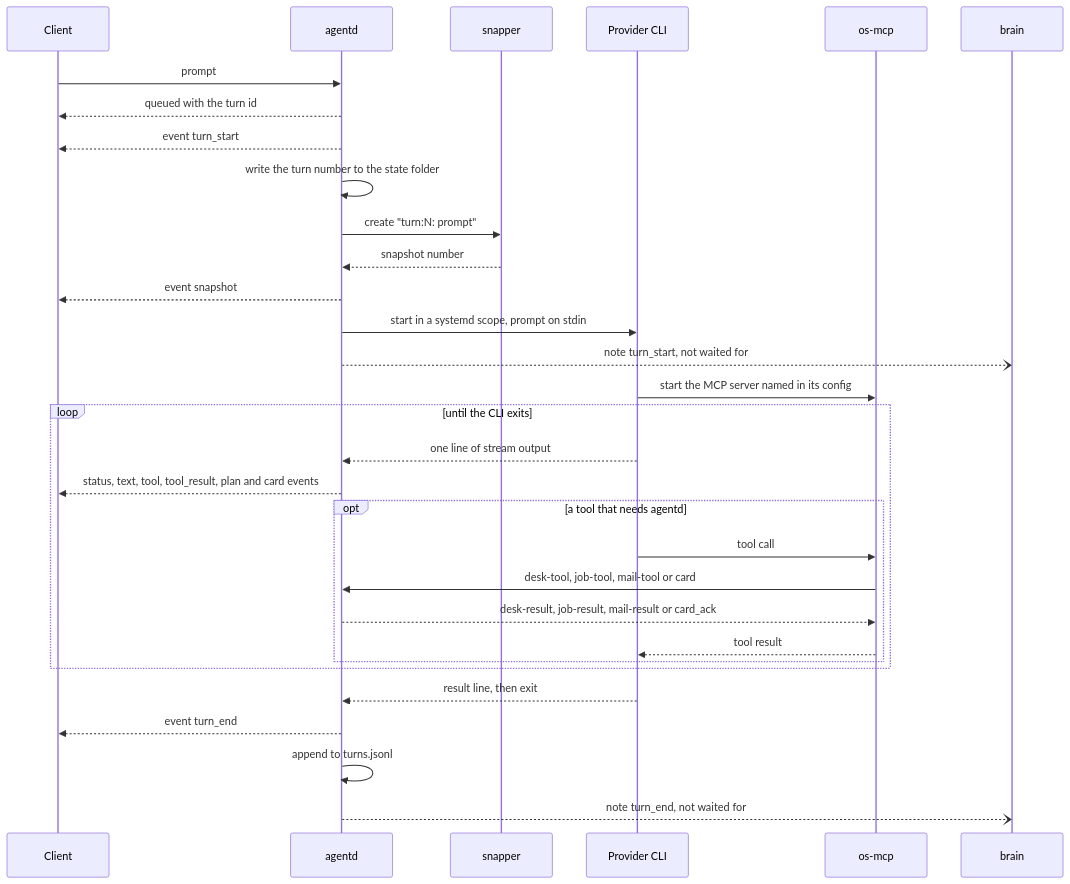
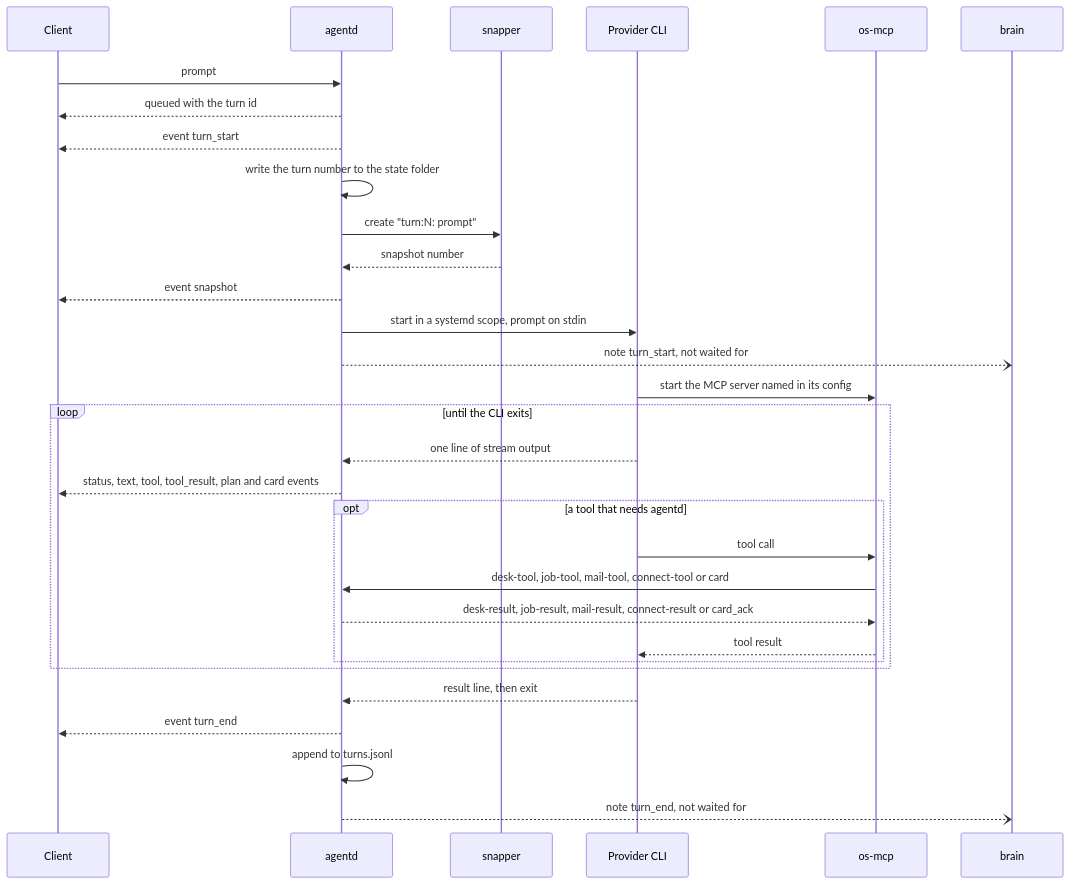
The first of 2 diagrams in docs/architecture/agentd.md (thedefaultman/Bombadil), drawn with Mermaid before and after one commit. The commit also changed other lines of this file and 10 other files, not shown here.

````diff
--- a/docs/architecture/agentd.md
+++ b/docs/architecture/agentd.md
@@ -14,33 +14,33 @@
 ```mermaid
 sequenceDiagram
     participant C as Client
     participant A as agentd
     participant S as snapper
     participant P as Provider CLI
     participant M as os-mcp
     participant B as brain
     C->>A: prompt
     A-->>C: queued with the turn id
     A-->>C: event turn_start
     A->>A: write the turn number to the state folder
     A->>S: create "turn:N: prompt"
     S-->>A: snapshot number
     A-->>C: event snapshot
     A->>P: start in a systemd scope, prompt on stdin
     A--)B: note turn_start, not waited for
     P->>M: start the MCP server named in its config
     loop until the CLI exits
         P-->>A: one line of stream output
         A-->>C: status, text, tool, tool_result, plan and card events
         opt a tool that needs agentd
             P->>M: tool call
-            M->>A: desk-tool, job-tool, mail-tool or card
-            A-->>M: desk-result, job-result, mail-result or card_ack
+            M->>A: desk-tool, job-tool, mail-tool, connect-tool or card
+            A-->>M: desk-result, job-result, mail-result, connect-result or card_ack
             M-->>P: tool result
         end
     end
     P-->>A: result line, then exit
     A-->>C: event turn_end
     A->>A: append to turns.jsonl
     A--)B: note turn_end, not waited for
 ```
````
